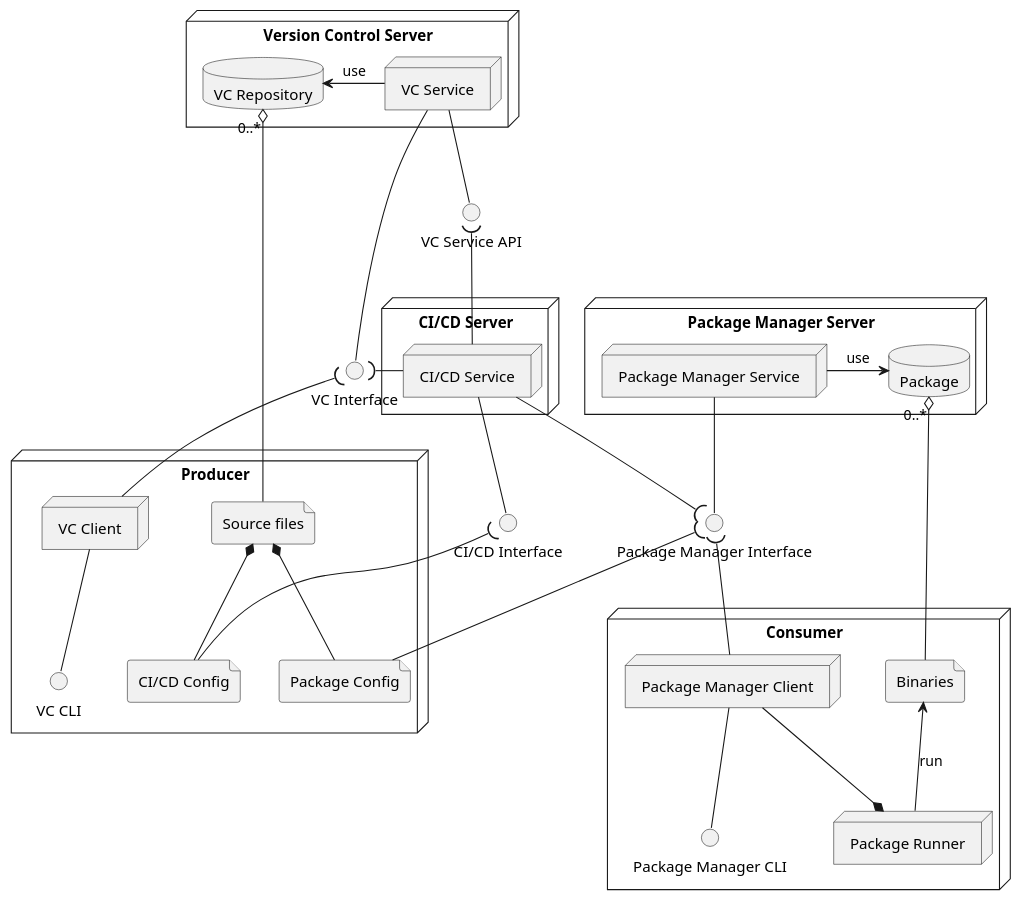
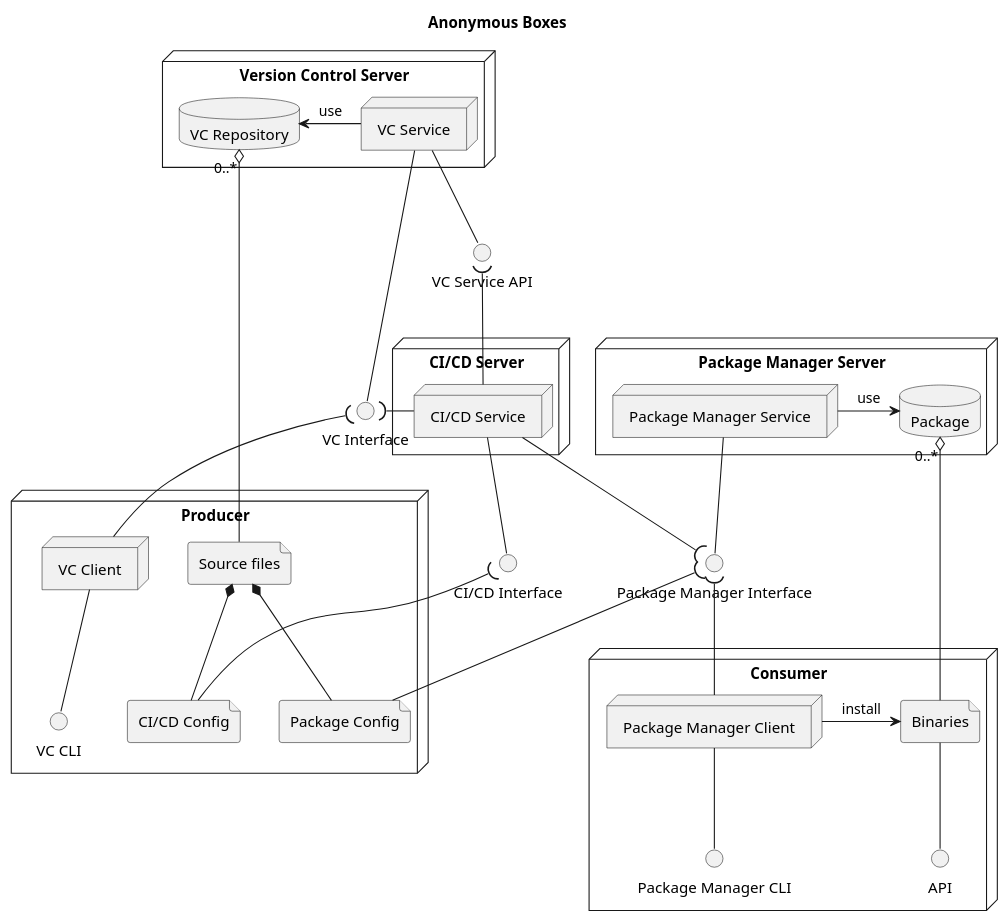
One commit to imazzine/design changed the second of 5 diagrams in uml/cli.puml. Above: the diagram before and after it, drawn with PlantUML. The commit also changed other lines of this file and 7 other files, not shown here.

```diff
--- a/uml/cli.puml
+++ b/uml/cli.puml
@@ -17,59 +17,59 @@
 @startuml anonymous_boxes
-    
+    title Anonymous Boxes
+
     node "Version Control Server" as VCServer {
         database "VC Repository" as VCRepo
         node "VC Service" as VCService
         VCRepo <- VCService: use
     }
     interface "VC Service API" as VCServiceAPI
     interface "VC Interface" as VCInterface
     VCService -- VCServiceAPI
     VCService -- VCInterface
     
     node "Package Manager Server" as PackageServer {
         node "Package Manager Service" as PackageService
         database "Package" as PackagePackage
         PackageService -> PackagePackage: use
     }
     interface "Package Manager Interface" as PackageInterface
     PackageService -- PackageInterface
 
     node "CI/CD Server" as CICDServer {
         node "CI/CD Service" as CICDService
     }
     interface "CI/CD Interface" as CICDInterface
     CICDService -- CICDInterface
     VCServiceAPI )-- CICDService
     VCInterface )- CICDService
     CICDService --( PackageInterface
     
     node "Producer" as Producer {
         node "VC Client" as VCClient
         interface "VC CLI" as VC_CLI
         VCClient -- VC_CLI
 
         file "Source files" as Sources
         file "CI/CD Config" as CICDConf
         file "Package Config" as PackageConfig
         VCRepo "0..*" o-- Sources
         Sources *-- CICDConf
         Sources *-- PackageConfig
         VCInterface )-- VCClient
         CICDInterface )-- CICDConf
         PackageInterface )-- PackageConfig
     }
 
     node "Consumer" as Consumer {
-        node "Package Manager Client" as PackageClientC
-        interface "Package Manager CLI" as Package_CLI_C
-        PackageInterface )-- PackageClientC
-        PackageClientC -- Package_CLI_C
-
-        node "Package Runner" as PackageRunner
-        PackageClientC --* PackageRunner
+        node "Package Manager Client" as PackageClient
+        interface "Package Manager CLI" as Package_CLI
+        PackageInterface )-- PackageClient
+        PackageClient -- Package_CLI
 
         file "Binaries" as Binaries
+        interface "API" as API
         PackagePackage "0..*" o-- Binaries
-        Binaries <-- PackageRunner: run
+        PackageClient -> Binaries: install
+        Binaries -- API
     }
 @enduml
```
